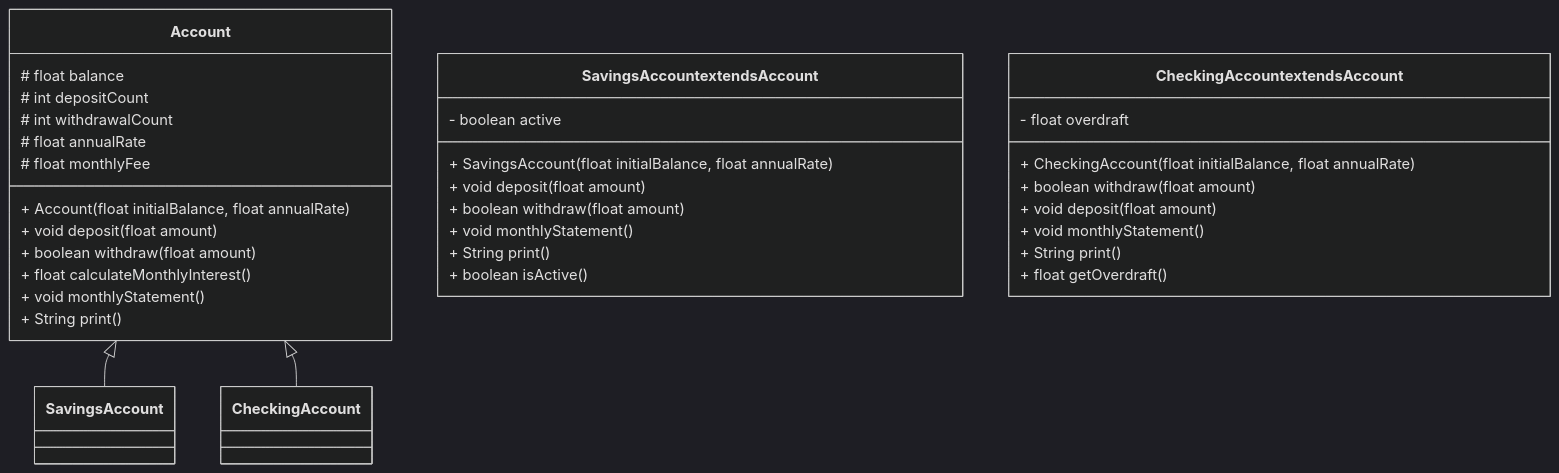
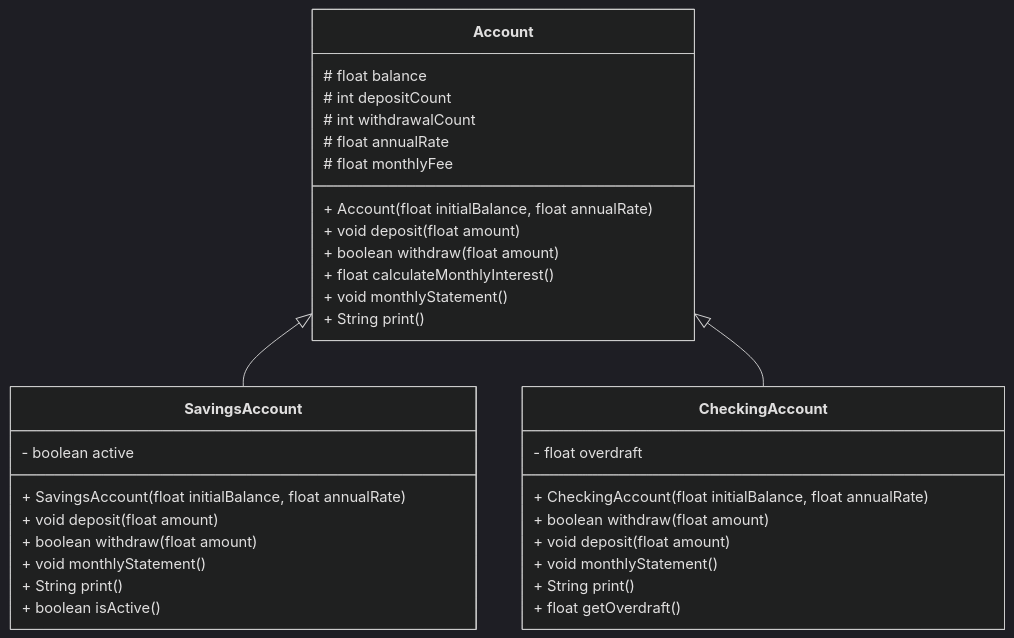
One commit to sara-vazquez/bank-account changed the diagram in README.md. Above: the diagram before and after it, drawn with Mermaid (dark theme). The commit also changed other lines of this file, not shown here.

````diff
--- a/README.md
+++ b/README.md
@@ -4,39 +11,39 @@
 ```mermaid
 classDiagram
     class Account {
   # float balance
   # int depositCount
   # int withdrawalCount
   # float annualRate
   # float monthlyFee
   + Account(float initialBalance, float annualRate)
   + void deposit(float amount)
   + boolean withdraw(float amount)
   + float calculateMonthlyInterest()
   + void monthlyStatement()
   + String print()
 }
 
-class SavingsAccount extends Account {
+class SavingsAccount {
   - boolean active
   + SavingsAccount(float initialBalance, float annualRate)
   + void deposit(float amount)
   + boolean withdraw(float amount)
   + void monthlyStatement()
   + String print()
   + boolean isActive()
 }
 
-class CheckingAccount extends Account {
+class CheckingAccount {
   - float overdraft
   + CheckingAccount(float initialBalance, float annualRate)
   + boolean withdraw(float amount)
   + void deposit(float amount)
   + void monthlyStatement()
   + String print()
   + float getOverdraft()
 }
 
 Account <|-- SavingsAccount
 Account <|-- CheckingAccount
 ```
````
